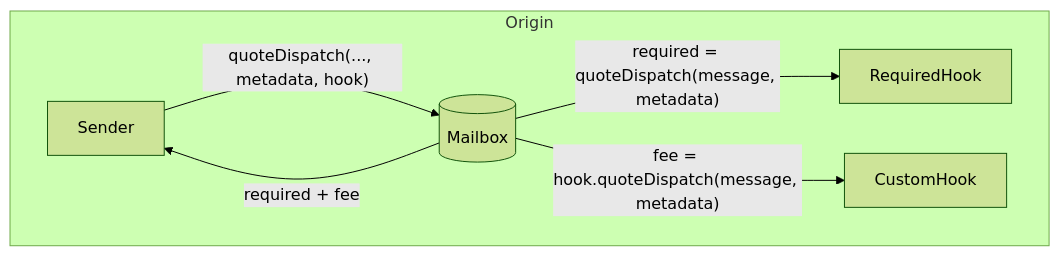
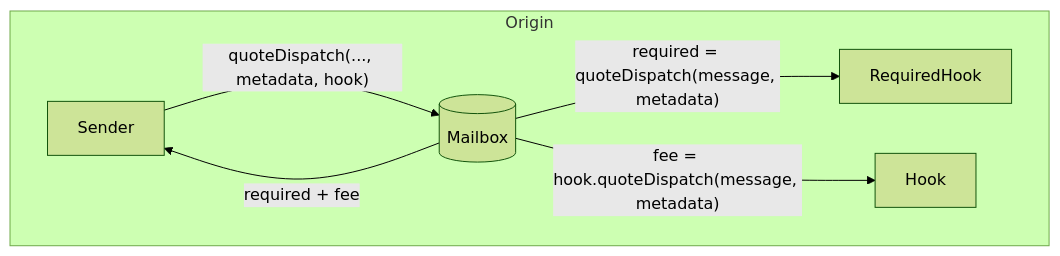
The second of 4 diagrams in docs/reference/hooks/overview.mdx (hyperlane-xyz/v3-docs), drawn with Mermaid (forest theme) before and after one commit. The commit also changed other lines of this file, not shown here.

Commit message:
Simplify hook metadata overrides

````diff
--- a/docs/reference/hooks/overview.mdx
+++ b/docs/reference/hooks/overview.mdx
@@ -80,14 +68,14 @@
 ```mermaid
 flowchart TB
     subgraph Origin
       Sender
       M_O[(Mailbox)]
       R_H[RequiredHook]
-      Hook[CustomHook]
+      Hook[Hook]
 
       Sender -- "quoteDispatch(..., metadata, hook)" --> M_O
       M_O -- "required = quoteDispatch(message, metadata)" --> R_H
       M_O -- "fee = hook.quoteDispatch(message, metadata)" --> Hook
       M_O -- "required + fee" --> Sender
     end
-``` 
+```
````
